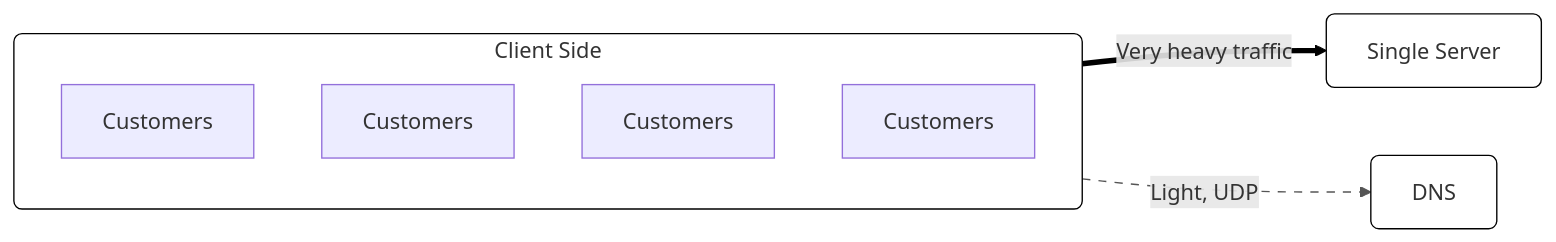
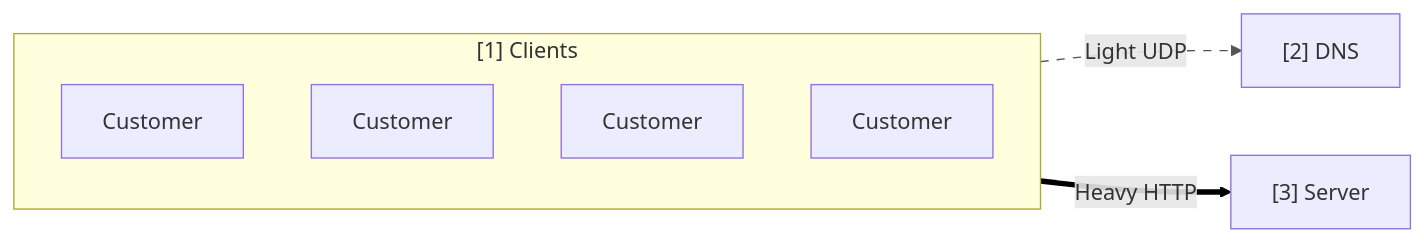
One commit to aliramazon/web-scalability-for-startup-engineers-book changed the diagram in 01_core-concepts/02_single-server-configuration.md. Above: the diagram before and after it, drawn with Mermaid.

Commit message:
Add step numbers

````diff
--- a/01_core-concepts/02_single-server-configuration.md
+++ b/01_core-concepts/02_single-server-configuration.md
@@ -13,18 +13,16 @@
 ```mermaid
 flowchart LR
-    subgraph A[Client Side]
+    subgraph A["[1] Clients"]
         direction TB
-        C1[Customers]
-        C2[Customers]
-        C3[Customers]
-        C4[Customers]
+        C1[Customer]
+        C2[Customer]
+        C3[Customer]
+        C4[Customer]
     end
-    A -->|Very heavy traffic| S[Single Server]
-    A -.->|Light, UDP| D[DNS]
 
-    %% Styling
-    linkStyle 0 stroke:#000,stroke-width:4px;
-    linkStyle 1 stroke:#555,stroke-dasharray:6 6;
-    classDef box fill:#fff,stroke:#000,stroke-width:1px,rx:6,ry:6;
-    class A,S,D box;
+    A -.->|Light UDP| D["[2] DNS"]
+    A -->|Heavy HTTP| S["[3] Server"]
+
+    linkStyle 0 stroke:#555,stroke-dasharray:6 6;
+    linkStyle 1 stroke:#000,stroke-width:4px;
 ```
````
